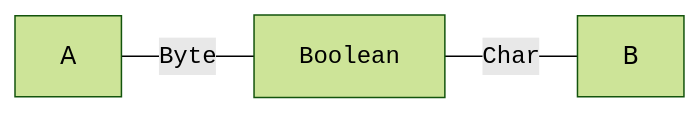
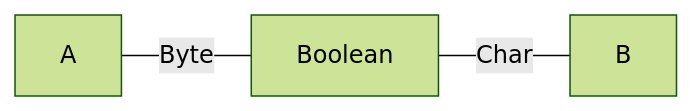
The first of 3 diagrams in README.md (julianpeeters/polynomial), drawn with Mermaid (forest theme) before and after one commit. The commit also changed other lines of this file and 1 other file, not shown here.

Commit message:
Update README for github mermaid rendering

````diff
--- a/README.md
+++ b/README.md
@@ -94,8 +94,8 @@
 ```mermaid
 graph LR;
-  A:::hidden---|<span style="font-family:Courier">Byte</span>|S[<span style="font-family:Courier">Boolean</span>]---|<span style="font-family:Courier">Char</span>|B:::hidden;
+  A:::hidden---|Byte|S[Boolean]---|Char|B:::hidden;
 
 classDef empty fill:background;
 classDef point width:0px, height:0px;
 classDef title stroke-width:0px, fill:background;
 ```
````
